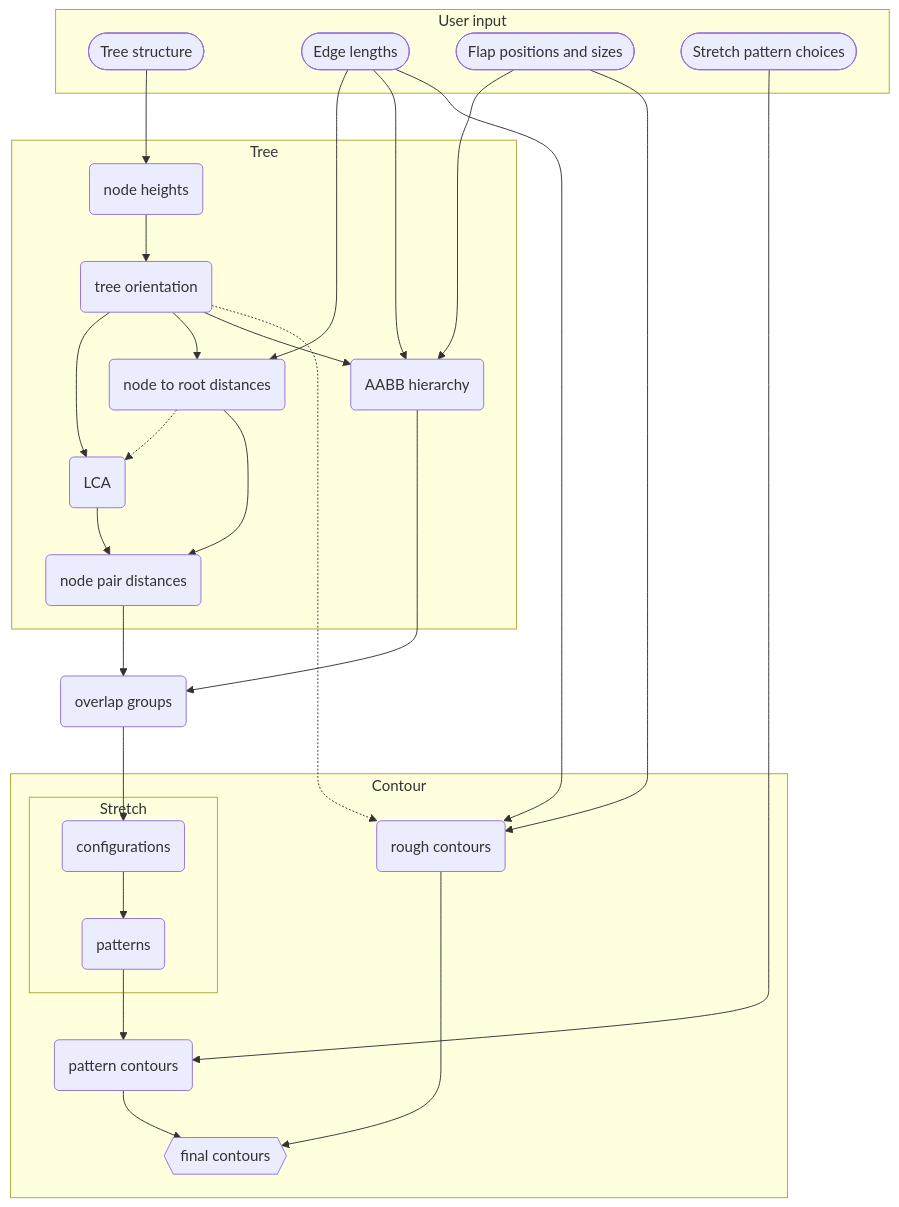
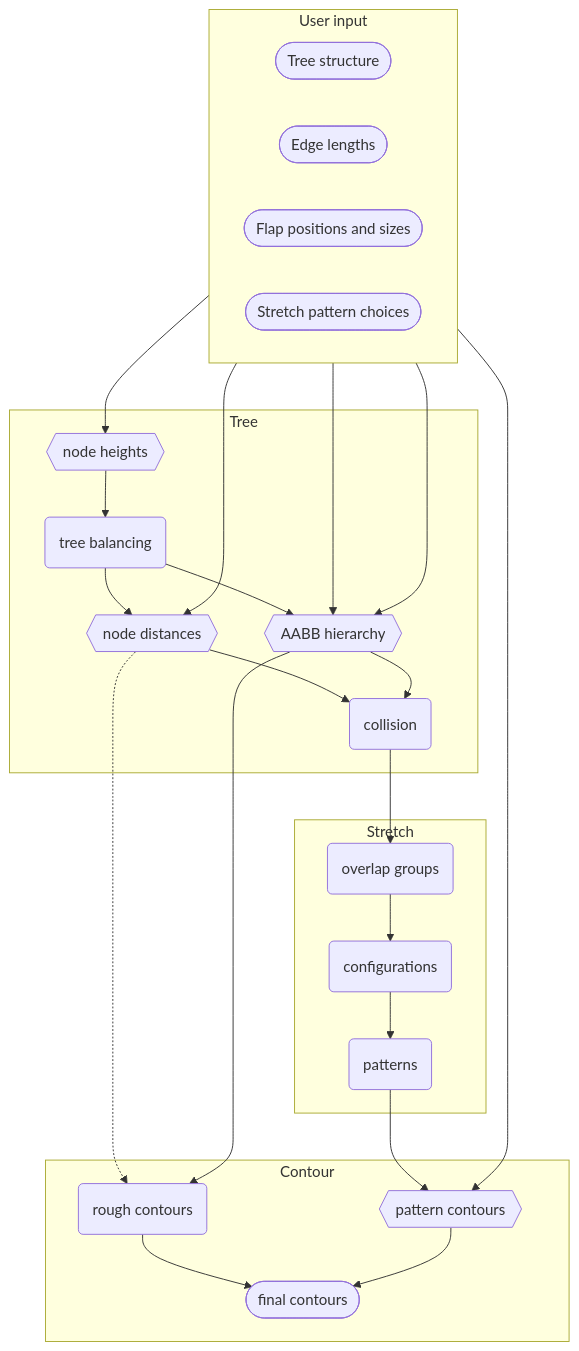
The diagram in src/core/README.md (bp-studio/box-pleating-studio), drawn with Mermaid before and after one commit. The commit also changed other lines of this file and 29 other files, not shown here.

Commit message:
Layered data flow architecture

````diff
--- a/src/core/README.md
+++ b/src/core/README.md
@@ -16,42 +16,33 @@
 ```mermaid
-flowchart TD
-    subgraph User input
-		A([Tree structure])
-		B([Edge lengths])
-		C([Flap positions and sizes])
-		D([Stretch pattern choices])
-	end
-	subgraph Tree
-		h(node heights)
-		o(tree orientation)
-		l(LCA)
-		d(node to root distances)
-		v(node pair distances)
-		a(AABB hierarchy)
-	end
+flowchart TB
+subgraph User input
+	direction LR
+	A([Tree structure])
+	B([Edge lengths])
+	C([Flap positions and sizes])
+	D([Stretch pattern choices])
+end
+subgraph Tree
+	h{{node heights}}
+	o(tree balancing)
+	d{{node distances}}
+	a{{AABB hierarchy}}
+	k(collision)
+end
+subgraph Stretch
 	g(overlap groups)
-	subgraph Contour
-		subgraph Stretch
-			c(configurations)
-			p(patterns)
-		end
-		rc(rough contours)
-		pc(pattern contours)
-		fc{{final contours}}
-	end
+	c(configurations)
+	p(patterns)
+end
+subgraph Contour
+	rc(rough contours)
+	pc{{pattern contours}}
+	fc([final contours])
+end
 
-	A --> h --> o
-	o --> l
-	d -.-> l
-	o & B --> d
-	l & d --> v
-	o & B & C --> a
-	o -.....-> rc 
-	B & C ------> rc
-    v & a --> g
-	g --> c
-	c --> p
-	p & D --> pc
-	pc --> fc
-	rc ----> fc
+A --> h --> o
+o & B --> d -.-> rc
+o & B & C --> a --> rc --> fc
+d & a --> k --> g --> c --> p
+p & D --> pc --> fc
 ```
````
